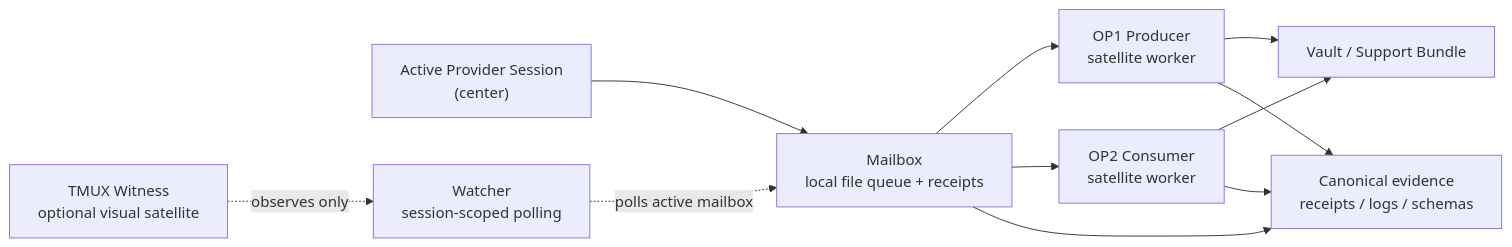
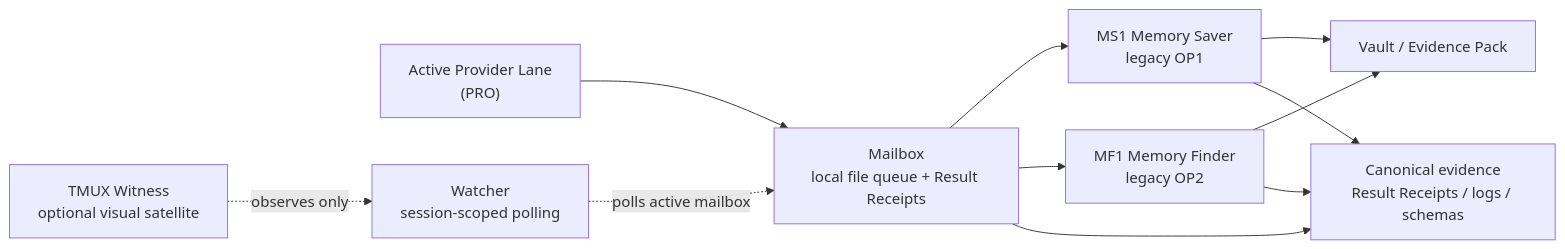
One commit to INTEGRITY2077/openyggdrasil changed the first of 2 diagrams in README.md. Above: the diagram before and after it, drawn with Mermaid. The commit also changed other lines of this file and 1 other file, not shown here.

````diff
--- a/README.md
+++ b/README.md
@@ -427,20 +446,20 @@
 ```mermaid
 flowchart LR
-  P["Active Provider Session<br/>(center)"]
-  OP1["OP1 Producer<br/>satellite worker"]
-  OP2["OP2 Consumer<br/>satellite worker"]
-  MB["Mailbox<br/>local file queue + receipts"]
+  P["Active Provider Lane<br/>(PRO)"]
+  MS1["MS1 Memory Saver<br/>legacy OP1"]
+  MF1["MF1 Memory Finder<br/>legacy OP2"]
+  MB["Mailbox<br/>local file queue + Result Receipts"]
   W["Watcher<br/>session-scoped polling"]
   T["TMUX Witness<br/>optional visual satellite"]
-  V["Vault / Support Bundle"]
-  E["Canonical evidence<br/>receipts / logs / schemas"]
+  V["Vault / Evidence Pack"]
+  E["Canonical evidence<br/>Result Receipts / logs / schemas"]
 
   P --> MB
-  MB --> OP1 --> V
-  MB --> OP2 --> V
+  MB --> MS1 --> V
+  MB --> MF1 --> V
   W -. "polls active mailbox" .-> MB
   T -. "observes only" .-> W
   MB --> E
-  OP1 --> E
-  OP2 --> E
+  MS1 --> E
+  MF1 --> E
 ```
````
